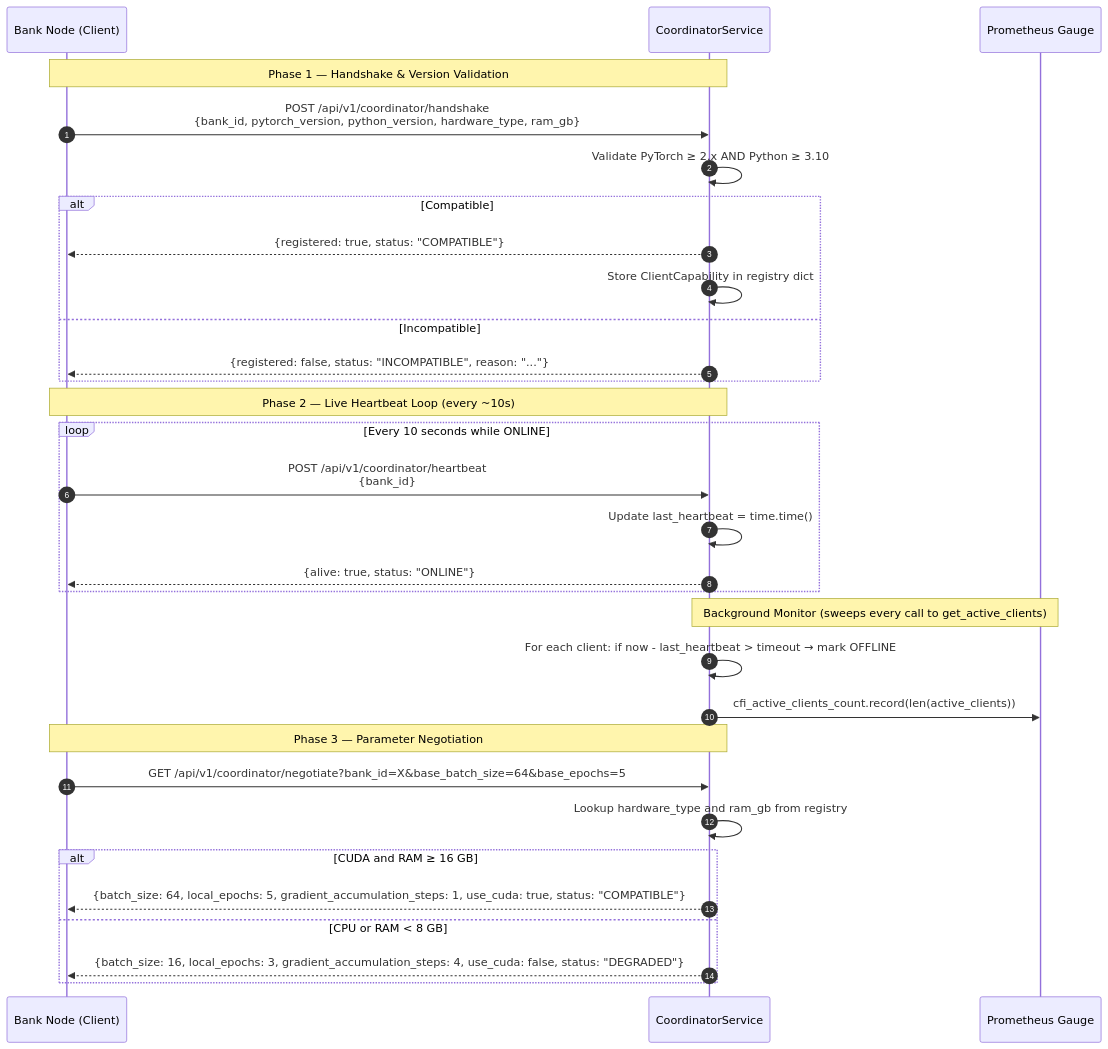
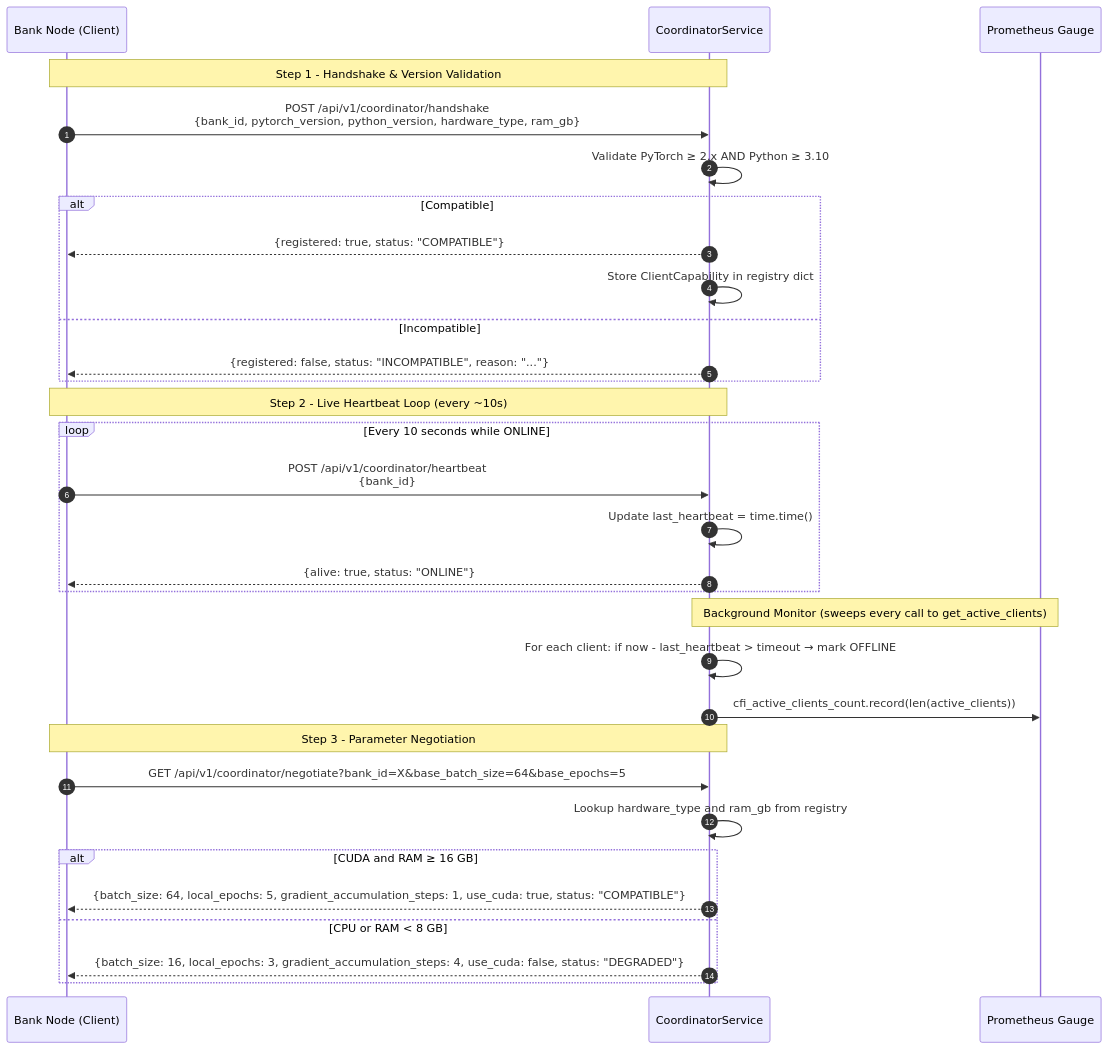
Before and after one commit to yusufcalisir/CF-Intelligence: the eighth of 9 diagrams in docs/collaborative_aml_architecture.md, drawn with Mermaid. The commit also changed other lines of this file and 404 other files, not shown here.

````diff
--- a/docs/collaborative_aml_architecture.md
+++ b/docs/collaborative_aml_architecture.md
@@ -687,37 +687,37 @@
 ```mermaid
 sequenceDiagram
     autonumber
     participant Bank as Bank Node (Client)
     participant Coord as CoordinatorService
     participant Prom as Prometheus Gauge
 
-    Note over Bank, Coord: Phase 1 — Handshake & Version Validation
+    Note over Bank, Coord: Step 1 - Handshake & Version Validation
     Bank->>Coord: POST /api/v1/coordinator/handshake<br/>{bank_id, pytorch_version, python_version, hardware_type, ram_gb}
     Coord->>Coord: Validate PyTorch ≥ 2.x AND Python ≥ 3.10
     alt Compatible
         Coord-->>Bank: {registered: true, status: "COMPATIBLE"}
         Coord->>Coord: Store ClientCapability in registry dict
     else Incompatible
         Coord-->>Bank: {registered: false, status: "INCOMPATIBLE", reason: "..."}
     end
 
-    Note over Bank, Coord: Phase 2 — Live Heartbeat Loop (every ~10s)
+    Note over Bank, Coord: Step 2 - Live Heartbeat Loop (every ~10s)
     loop Every 10 seconds while ONLINE
         Bank->>Coord: POST /api/v1/coordinator/heartbeat<br/>{bank_id}
         Coord->>Coord: Update last_heartbeat = time.time()
         Coord-->>Bank: {alive: true, status: "ONLINE"}
     end
 
     Note over Coord, Prom: Background Monitor (sweeps every call to get_active_clients)
     Coord->>Coord: For each client: if now - last_heartbeat > timeout → mark OFFLINE
     Coord->>Prom: cfi_active_clients_count.record(len(active_clients))
 
-    Note over Bank, Coord: Phase 3 — Parameter Negotiation
+    Note over Bank, Coord: Step 3 - Parameter Negotiation
     Bank->>Coord: GET /api/v1/coordinator/negotiate?bank_id=X&base_batch_size=64&base_epochs=5
     Coord->>Coord: Lookup hardware_type and ram_gb from registry
     alt CUDA and RAM ≥ 16 GB
         Coord-->>Bank: {batch_size: 64, local_epochs: 5, gradient_accumulation_steps: 1, use_cuda: true, status: "COMPATIBLE"}
     else CPU or RAM < 8 GB
         Coord-->>Bank: {batch_size: 16, local_epochs: 3, gradient_accumulation_steps: 4, use_cuda: false, status: "DEGRADED"}
     end
 ```
````
